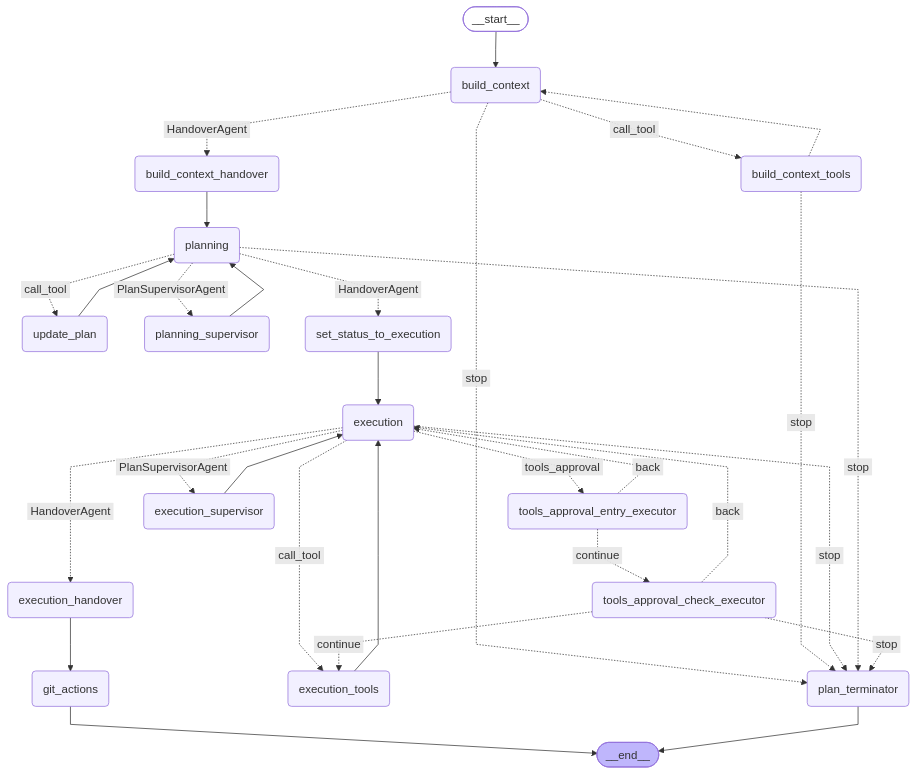
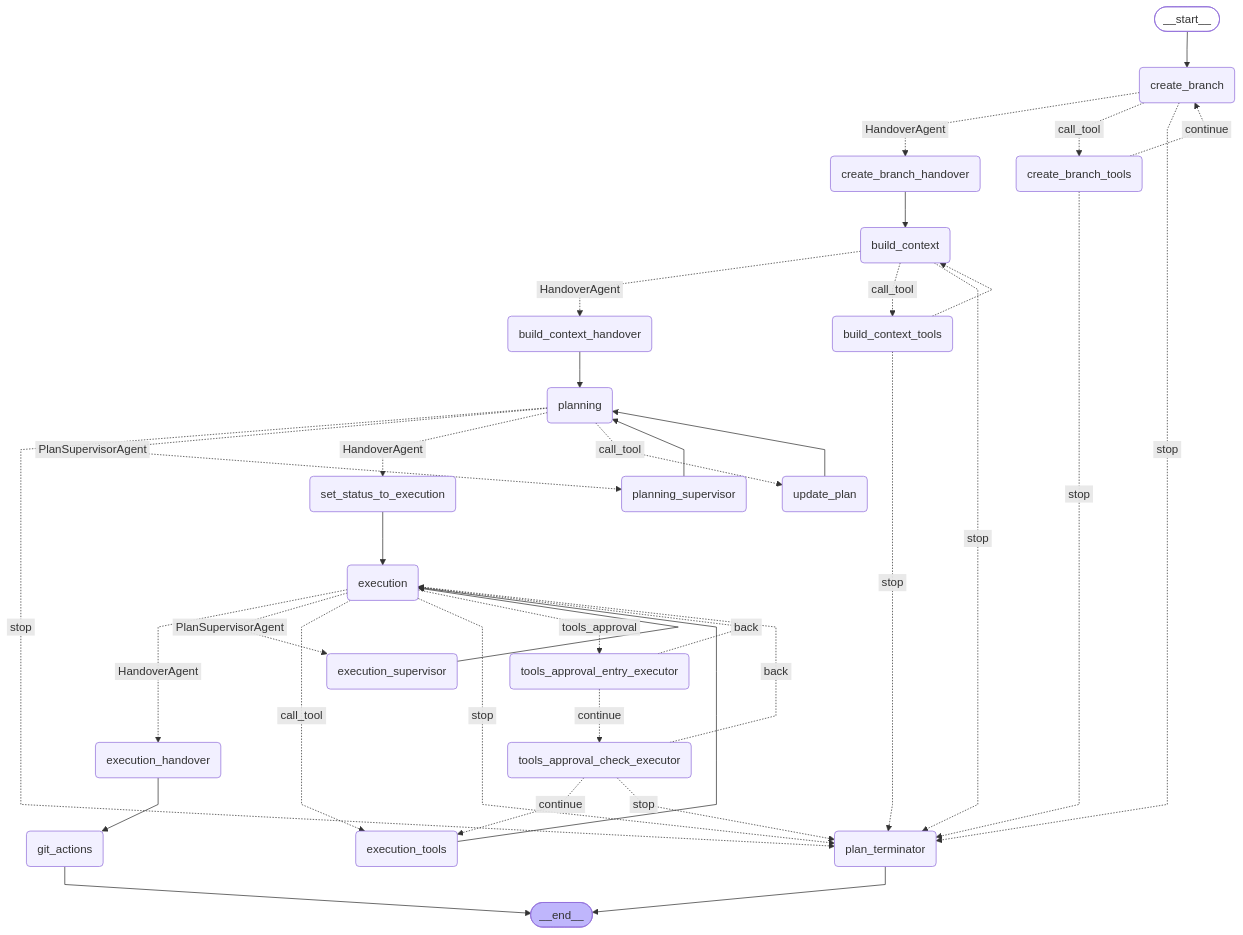
One commit to movax01h/ai-gateway changed the fourth of 11 diagrams in docs/duo_workflow_service_graphs.md. Above: the diagram before and after it, drawn with Mermaid. The commit also changed 15 other files, not shown here.

Commit message:
chore: Add manual branch creation step to issue to mr graph

````diff
--- a/docs/duo_workflow_service_graphs.md
+++ b/docs/duo_workflow_service_graphs.md
@@ -132,57 +132,66 @@
 ```mermaid
 ---
 config:
   flowchart:
     curve: linear
 ---
 graph TD;
     __start__([<p>__start__</p>]):::first
+    create_branch(create_branch)
+    create_branch_tools(create_branch_tools)
+    create_branch_handover(create_branch_handover)
     build_context(build_context)
     build_context_tools(build_context_tools)
     build_context_handover(build_context_handover)
     planning(planning)
     update_plan(update_plan)
     planning_supervisor(planning_supervisor)
     plan_terminator(plan_terminator)
     set_status_to_execution(set_status_to_execution)
     execution(execution)
     tools_approval_entry_executor(tools_approval_entry_executor)
     tools_approval_check_executor(tools_approval_check_executor)
     execution_tools(execution_tools)
     execution_supervisor(execution_supervisor)
     execution_handover(execution_handover)
     git_actions(git_actions)
     __end__([<p>__end__</p>]):::last
-    __start__ --> build_context;
+    __start__ --> create_branch;
     build_context -. &nbsp;HandoverAgent&nbsp; .-> build_context_handover;
     build_context -. &nbsp;call_tool&nbsp; .-> build_context_tools;
     build_context -. &nbsp;stop&nbsp; .-> plan_terminator;
     build_context_handover --> planning;
     build_context_tools -.-> build_context;
     build_context_tools -. &nbsp;stop&nbsp; .-> plan_terminator;
+    create_branch -. &nbsp;HandoverAgent&nbsp; .-> create_branch_handover;
+    create_branch -. &nbsp;call_tool&nbsp; .-> create_branch_tools;
+    create_branch -. &nbsp;stop&nbsp; .-> plan_terminator;
+    create_branch_handover --> build_context;
+    create_branch_tools -. &nbsp;continue&nbsp; .-> create_branch;
+    create_branch_tools -. &nbsp;stop&nbsp; .-> plan_terminator;
     execution -. &nbsp;HandoverAgent&nbsp; .-> execution_handover;
     execution -. &nbsp;PlanSupervisorAgent&nbsp; .-> execution_supervisor;
     execution -. &nbsp;call_tool&nbsp; .-> execution_tools;
     execution -. &nbsp;stop&nbsp; .-> plan_terminator;
     execution -. &nbsp;tools_approval&nbsp; .-> tools_approval_entry_executor;
     execution_handover --> git_actions;
     execution_supervisor --> execution;
     execution_tools --> execution;
     planning -. &nbsp;stop&nbsp; .-> plan_terminator;
     planning -. &nbsp;PlanSupervisorAgent&nbsp; .-> planning_supervisor;
     planning -. &nbsp;HandoverAgent&nbsp; .-> set_status_to_execution;
     planning -. &nbsp;call_tool&nbsp; .-> update_plan;
     planning_supervisor --> planning;
     set_status_to_execution --> execution;
     tools_approval_check_executor -. &nbsp;back&nbsp; .-> execution;
     tools_approval_check_executor -. &nbsp;continue&nbsp; .-> execution_tools;
     tools_approval_check_executor -. &nbsp;stop&nbsp; .-> plan_terminator;
     tools_approval_entry_executor -. &nbsp;back&nbsp; .-> execution;
     tools_approval_entry_executor -. &nbsp;continue&nbsp; .-> tools_approval_check_executor;
     update_plan --> planning;
     git_actions --> __end__;
     plan_terminator --> __end__;
     classDef default fill:#f2f0ff,line-height:1.2
     classDef first fill-opacity:0
     classDef last fill:#bfb6fc
 ```
````
